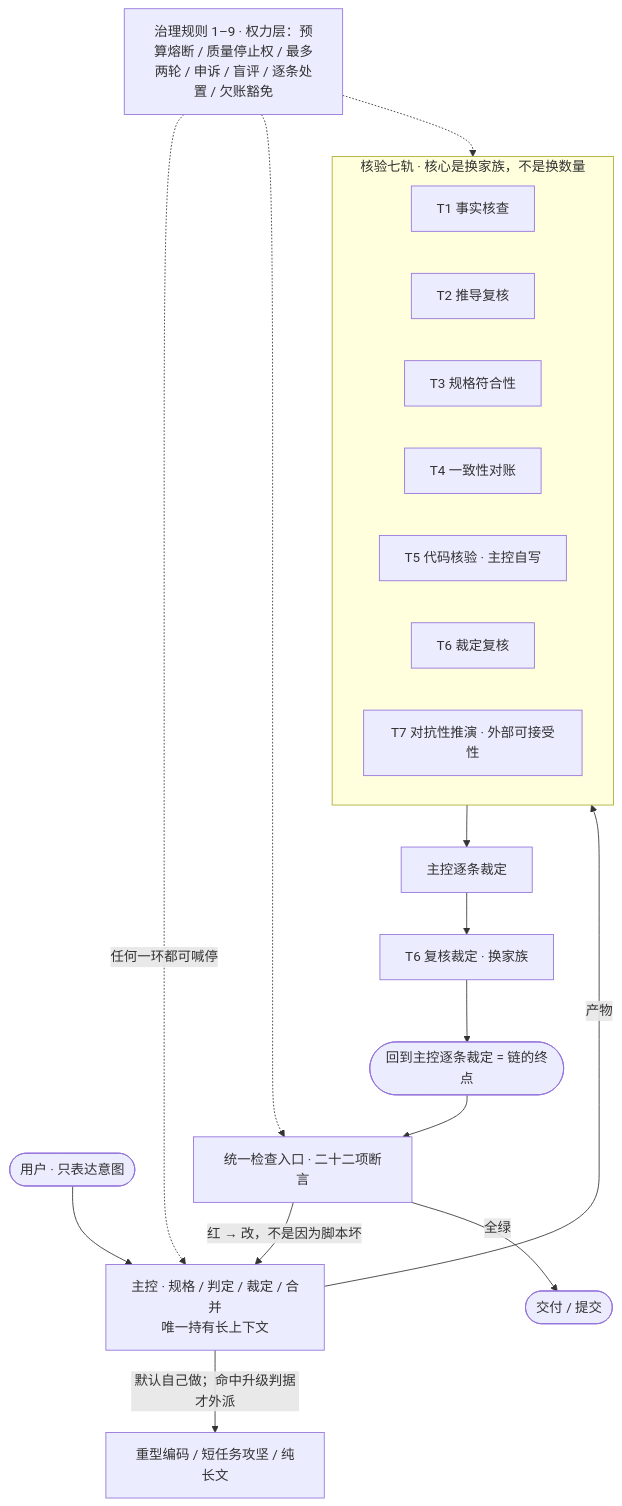
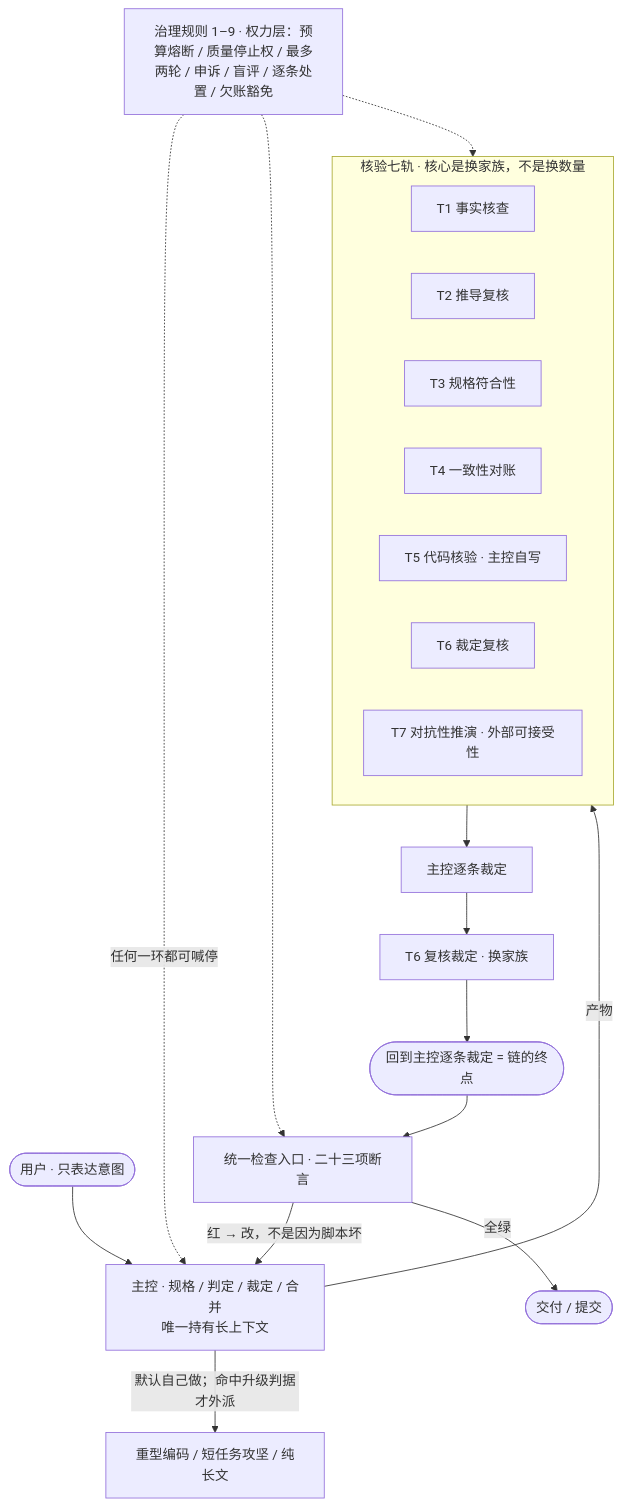
Before and after one commit to cty66699/dsh-ai-system: the diagram in README.md, drawn with Mermaid. The commit also changed other lines of this file and 7 other files, not shown here.

````diff
--- a/README.md
+++ b/README.md
@@ -331,29 +331,29 @@
 ```mermaid
 flowchart TB
   U(["用户 · 只表达意图"]) --> M["主控 · 规格 / 判定 / 裁定 / 合并<br/>唯一持有长上下文"]
   M -->|"默认自己做；命中升级判据才外派"| ESC["重型编码 / 短任务攻坚 / 纯长文"]
 
   subgraph V["核验七轨 · 核心是换家族，不是换数量"]
     direction LR
     T1["T1 事实核查"]
     T2["T2 推导复核"]
     T3["T3 规格符合性"]
     T4["T4 一致性对账"]
     T5["T5 代码核验 · 主控自写"]
     T6["T6 裁定复核"]
     T7["T7 对抗性推演 · 外部可接受性"]
   end
 
   M -->|"产物"| V
   V --> DISP["主控逐条裁定"]
   DISP --> T6R["T6 复核裁定 · 换家族"]
   T6R --> END(["回到主控逐条裁定 = 链的终点"])
-  END --> GATE["统一检查入口 · 二十二项断言"]
+  END --> GATE["统一检查入口 · 二十三项断言"]
   GATE -->|"红 → 改，不是因为脚本坏"| M
   GATE -->|"全绿"| OUT(["交付 / 提交"])
 
   POWER["治理规则 1–9 · 权力层：预算熔断 / 质量停止权 / 最多两轮 / 申诉 / 盲评 / 逐条处置 / 欠账豁免"]
   POWER -.->|"任何一环都可喊停"| M
   POWER -.-> V
   POWER -.-> GATE
 ```
````
